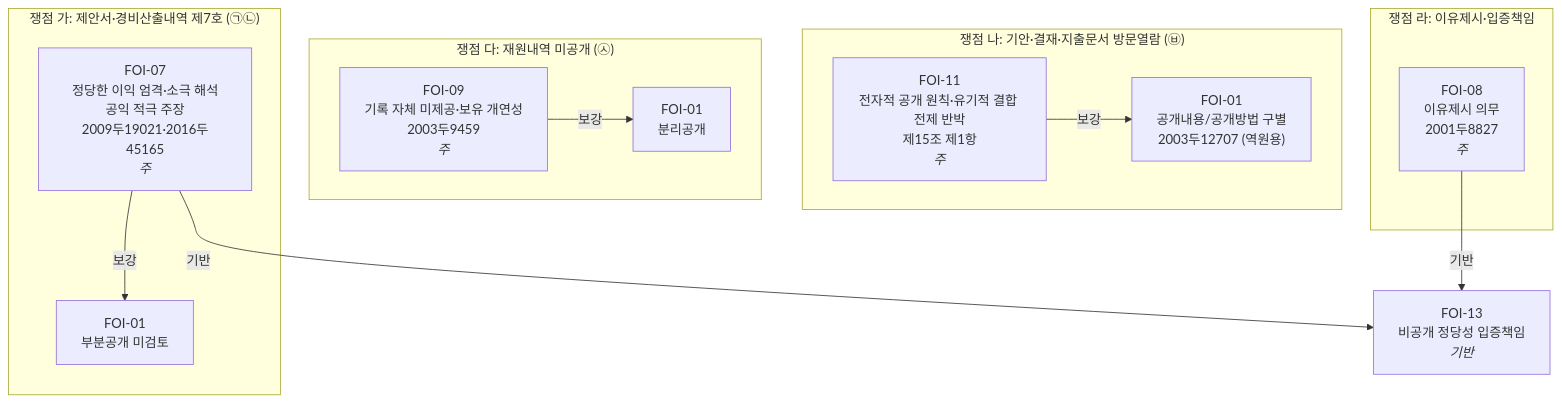
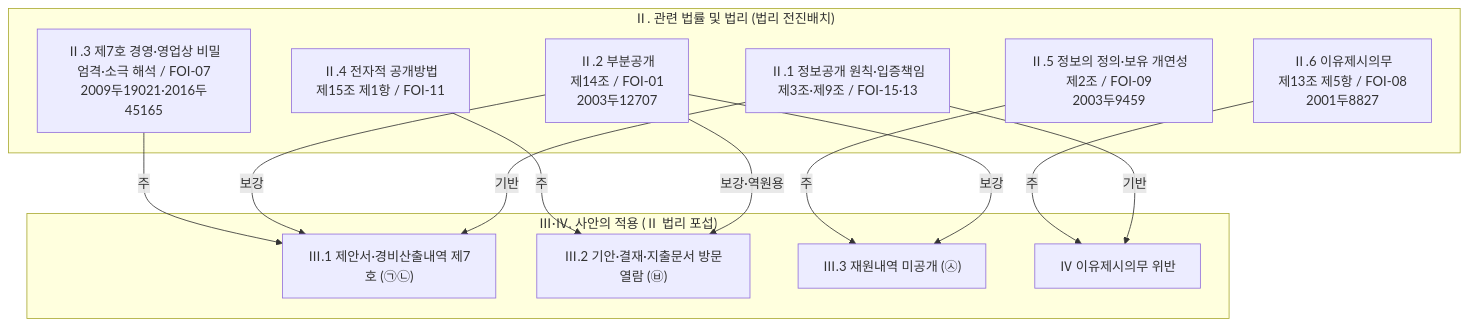
The diagram in cases/02_대동제/archive/법리그래프_보충서면_2026-10986.md (MegasKomnenos/legal-harness), drawn with Mermaid before and after one commit. The commit also changed other lines of this file and 5 other files, not shown here.

````diff
--- a/cases/02_대동제/archive/법리그래프_보충서면_2026-10986.md
+++ b/cases/02_대동제/archive/법리그래프_보충서면_2026-10986.md
@@ -117,24 +132,26 @@
 ```mermaid
 graph TD
-  subgraph 쟁점가["쟁점 가: 제안서·경비산출내역 제7호 (㉠㉡)"]
-    A["FOI-07<br/>정당한 이익 엄격·소극 해석<br/>공익 적극 주장<br/>2009두19021·2016두45165<br/><i>주</i>"]
-    A1["FOI-01<br/>부분공개 미검토"]
-    A -->|보강| A1
+  subgraph 법리총론["Ⅱ. 관련 법률 및 법리 (법리 전진배치)"]
+    R1["Ⅱ.1 정보공개 원칙·입증책임<br/>제3조·제9조 / FOI-15·13"]
+    R2["Ⅱ.2 부분공개<br/>제14조 / FOI-01<br/>2003두12707"]
+    R3["Ⅱ.3 제7호 경영·영업상 비밀<br/>엄격·소극 해석 / FOI-07<br/>2009두19021·2016두45165"]
+    R4["Ⅱ.4 전자적 공개방법<br/>제15조 제1항 / FOI-11"]
+    R5["Ⅱ.5 정보의 정의·보유 개연성<br/>제2조 / FOI-09<br/>2003두9459"]
+    R6["Ⅱ.6 이유제시의무<br/>제13조 제5항 / FOI-08<br/>2001두8827"]
   end
-  subgraph 쟁점나["쟁점 나: 기안·결재·지출문서 방문열람 (㉥)"]
-    B["FOI-11<br/>전자적 공개 원칙·유기적 결합 전제 반박<br/>제15조 제1항<br/><i>주</i>"]
-    B1["FOI-01<br/>공개내용/공개방법 구별<br/>2003두12707 (역원용)"]
-    B -->|보강| B1
+  subgraph 적용["Ⅲ·Ⅳ. 사안의 적용 (Ⅱ 법리 포섭)"]
+    I1["Ⅲ.1 제안서·경비산출내역 제7호 (㉠㉡)"]
+    I2["Ⅲ.2 기안·결재·지출문서 방문열람 (㉥)"]
+    I3["Ⅲ.3 재원내역 미공개 (㉦)"]
+    I4["Ⅳ 이유제시의무 위반"]
   end
-  subgraph 쟁점다["쟁점 다: 재원내역 미공개 (㉦)"]
-    C["FOI-09<br/>기록 자체 미제공·보유 개연성<br/>2003두9459<br/><i>주</i>"]
-    C1["FOI-01<br/>분리공개"]
-    C -->|보강| C1
-  end
-  subgraph 쟁점라["쟁점 라: 이유제시·입증책임"]
-    F["FOI-08<br/>이유제시 의무<br/>2001두8827<br/><i>주</i>"]
-  end
-  G["FOI-13<br/>비공개 정당성 입증책임<br/><i>기반</i>"]
-  A -->|기반| G
-  F -->|기반| G
+  R3 -->|주| I1
+  R2 -->|보강| I1
+  R1 -->|기반| I1
+  R4 -->|주| I2
+  R2 -->|보강·역원용| I2
+  R5 -->|주| I3
+  R2 -->|보강| I3
+  R6 -->|주| I4
+  R1 -->|기반| I4
 ```
````
